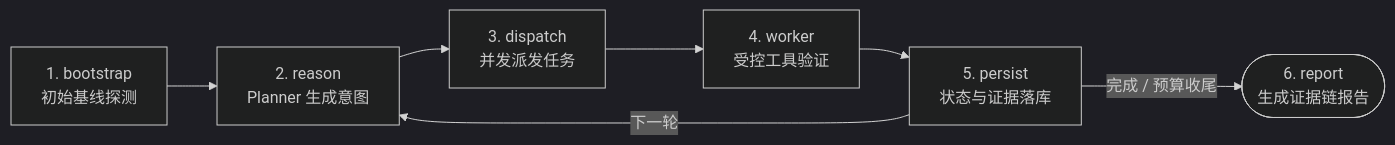
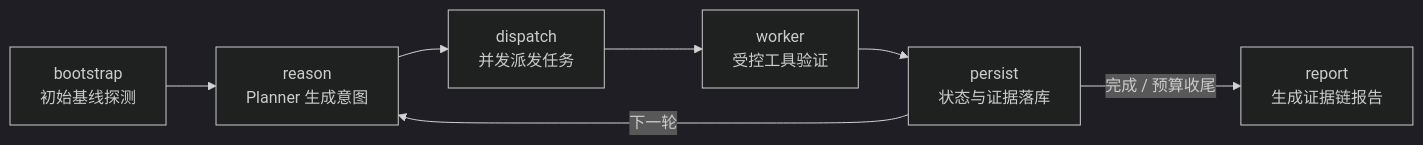
One commit to 01NGVI-QINGYI/ARIA-X changed the second of 2 diagrams in README.md. Above: the diagram before and after it, drawn with Mermaid (dark theme). The commit also changed other lines of this file and 4 other files, not shown here.

Commit message:
docs(readme): remove unclosed center divs, fix Mermaid list labels, drop AppleDouble file

````diff
--- a/README.md
+++ b/README.md
@@ -137,16 +131,16 @@
 ```mermaid
 flowchart LR
-    BOOT["1. bootstrap<br/>初始基线探测"]
-    RSN["2. reason<br/>Planner 生成意图"]
-    DSP["3. dispatch<br/>并发派发任务"]
-    WRK["4. worker<br/>受控工具验证"]
-    PST["5. persist<br/>状态与证据落库"]
-    RPT(["6. report<br/>生成证据链报告"])
+    BOOT["bootstrap<br/>初始基线探测"]
+    RSN["reason<br/>Planner 生成意图"]
+    DSP["dispatch<br/>并发派发任务"]
+    WRK["worker<br/>受控工具验证"]
+    PST["persist<br/>状态与证据落库"]
+    RPT["report<br/>生成证据链报告"]
 
     BOOT --> RSN
     RSN --> DSP
     DSP --> WRK
     WRK --> PST
     PST -->|"下一轮"| RSN
     PST -->|"完成 / 预算收尾"| RPT
 ```
````
